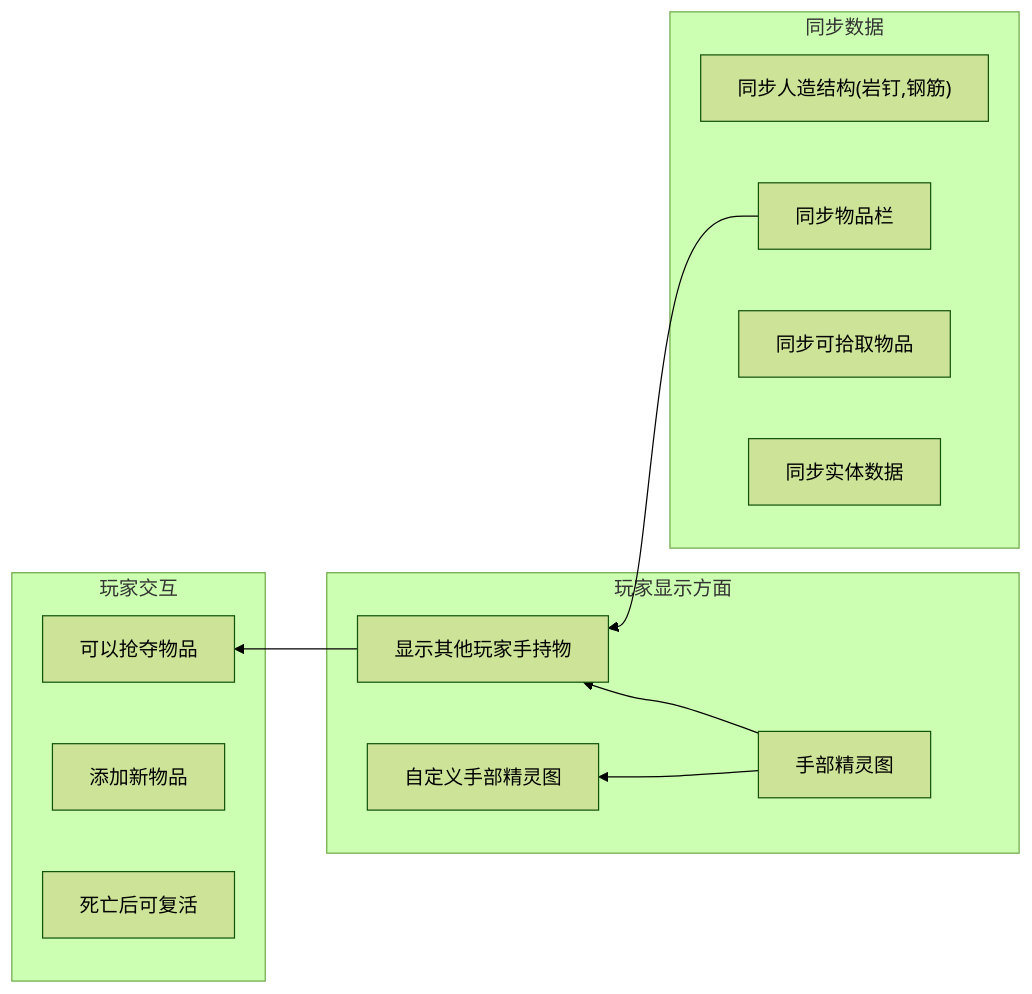
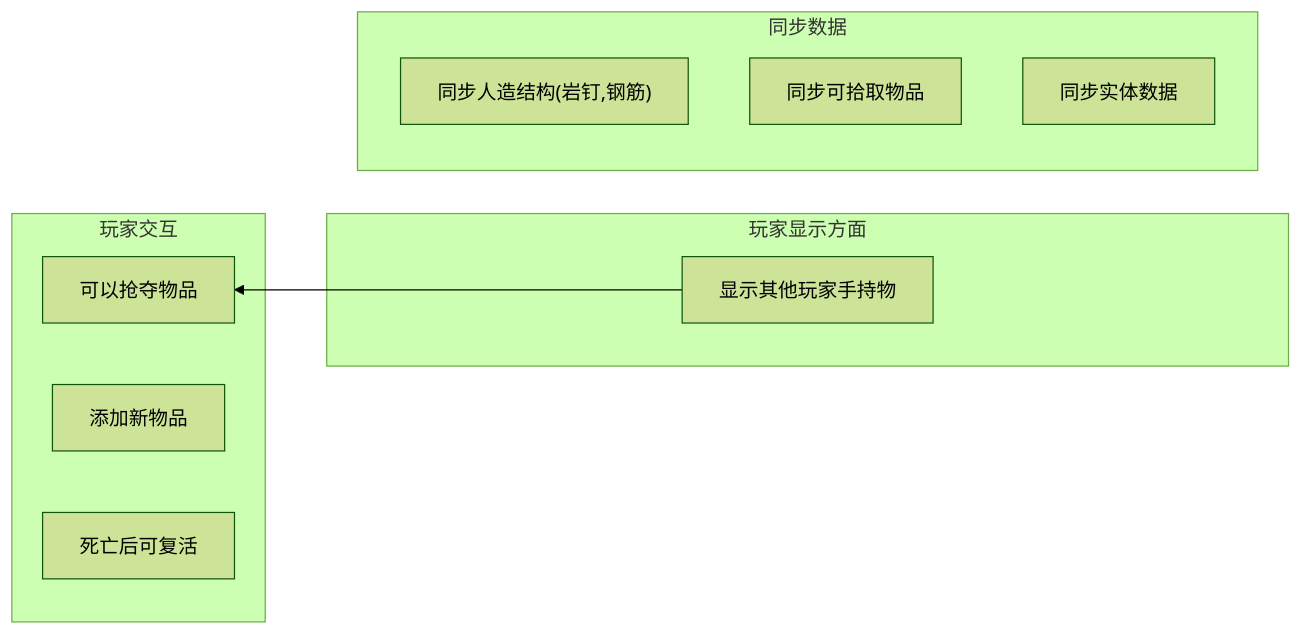
The diagram in README_CN.md (PotatoeShaman/WKMultiMod), drawn with Mermaid (forest theme) before and after one commit. The commit also changed other lines of this file and 12 other files, not shown here.

````diff
--- a/README_CN.md
+++ b/README_CN.md
@@ -22,30 +22,24 @@
 ```mermaid
 graph RL
     %% 模块 1:玩家显示方面
     subgraph 玩家显示方面
-        1a[手部精灵图]
         1d[显示其他玩家手持物]
-        1e[自定义手部精灵图]
     end
 
     %% 模块 2:玩家交互
     subgraph 玩家交互
         2b[可以抢夺物品]
         2c[添加新物品]
         2e[死亡后可复活]
     end
 
     %% 模块 3:同步数据
     subgraph 同步数据
         3a["同步人造结构(岩钉,钢筋)"]
-        3b[同步物品栏]
         3c[同步可拾取物品]
         3e[同步实体数据]
     end
 
     %% 依赖关系连接 (跨模块和模块内)
-    1a --> 1e
-    3b --> 1d
-    1a --> 1d
     1d --> 2b
 ```
````
